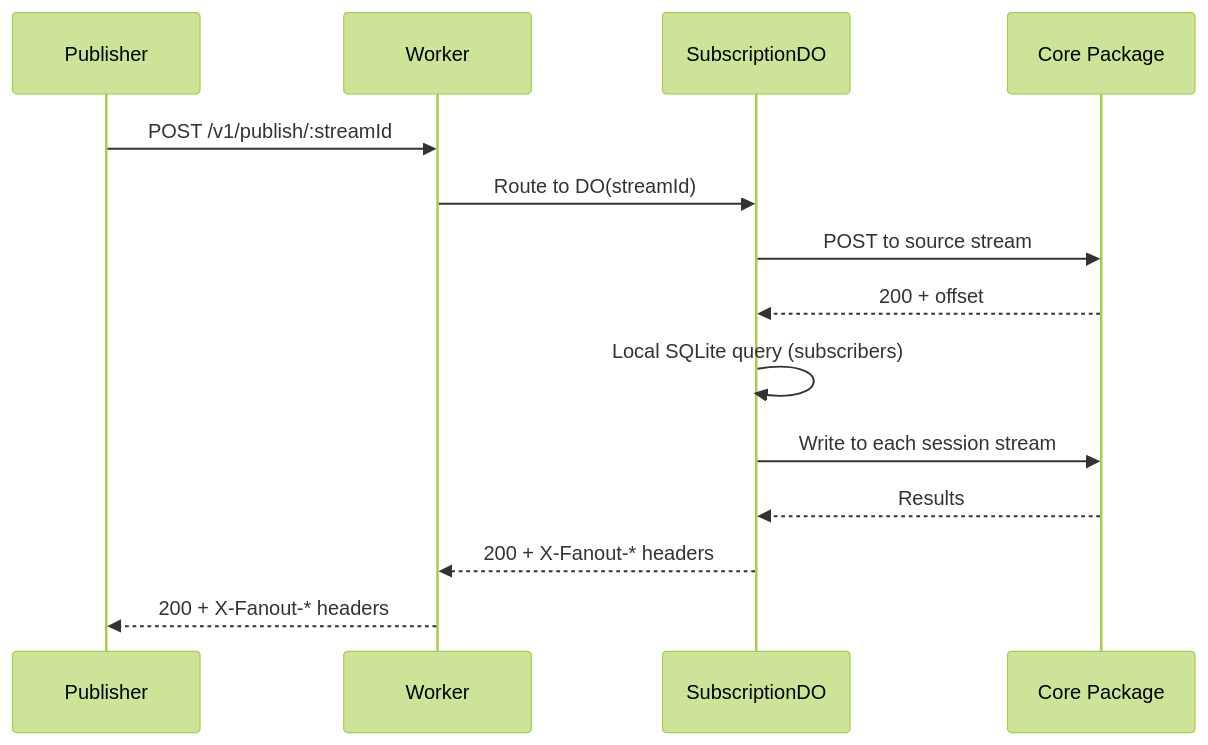
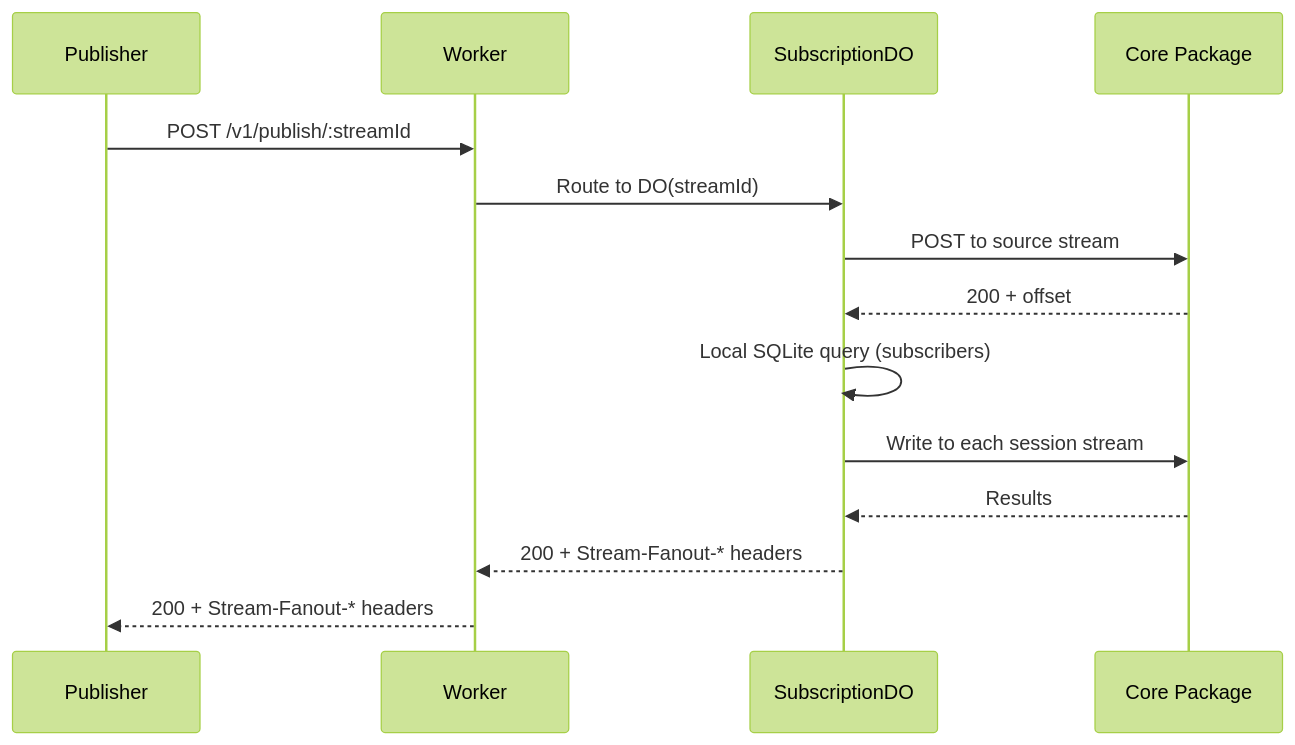
One commit to commoncurriculum/durable-streams-cloudflare changed the third of 3 diagrams in packages/subscription/docs/walkthrough.md. Above: the diagram before and after it, drawn with Mermaid (forest theme). The commit also changed other lines of this file and 7 other files, not shown here.

````diff
--- a/packages/subscription/docs/walkthrough.md
+++ b/packages/subscription/docs/walkthrough.md
@@ -234,17 +234,17 @@
 ```mermaid
 sequenceDiagram
     participant P as Publisher
     participant W as Worker
     participant DO as SubscriptionDO
     participant Core as Core Package
 
     P->>W: POST /v1/publish/:streamId
     W->>DO: Route to DO(streamId)
     DO->>Core: POST to source stream
     Core-->>DO: 200 + offset
     DO->>DO: Local SQLite query (subscribers)
     DO->>Core: Write to each session stream
     Core-->>DO: Results
-    DO-->>W: 200 + X-Fanout-* headers
-    W-->>P: 200 + X-Fanout-* headers
+    DO-->>W: 200 + Stream-Fanout-* headers
+    W-->>P: 200 + Stream-Fanout-* headers
 ```
````
